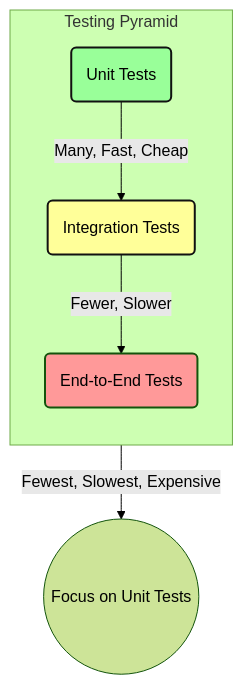
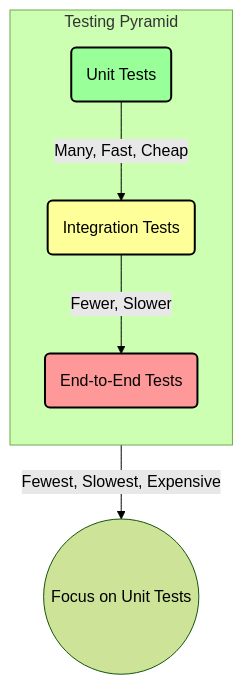
Before and after one commit to eltay89/eltay89.github.io: the second of 2 diagrams in _posts/2025-08-28-swe-field-guide.md, drawn with Mermaid (forest theme).

````diff
--- a/_posts/2025-08-28-swe-field-guide.md
+++ b/_posts/2025-08-28-swe-field-guide.md
@@ -150,17 +150,17 @@
 ```mermaid
 graph TD
     subgraph Testing Pyramid
         direction TB
         E2E(End-to-End Tests);
         Integration(Integration Tests);
         Unit(Unit Tests);
     end
 
-    style Unit fill:#9f9,stroke:#111,stroke-width:2px
-    style Integration fill:#ff9,stroke:#111,stroke-width:2px
-    style E2E fill:#f99,stroke:#11,stroke-width:2px
+    style Unit fill:#9f9,stroke:#000,stroke-width:2px
+    style Integration fill:#ff9,stroke:#000,stroke-width:2px
+    style E2E fill:#f99,stroke:#000,stroke-width:2px
 
     Unit -- "Many, Fast, Cheap" --> Integration;
     Integration -- "Fewer, Slower" --> E2E;
     E2E -- "Fewest, Slowest, Expensive" --> Conclusion((Focus on Unit Tests));
 ```
````
